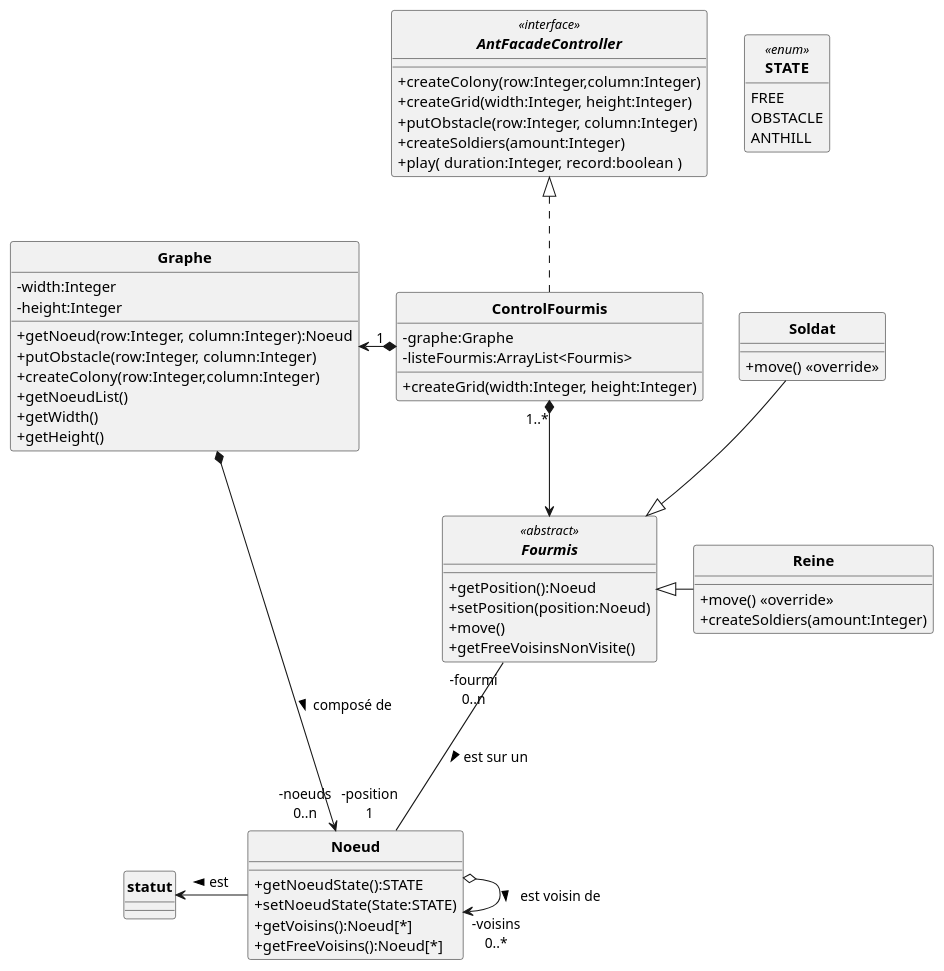
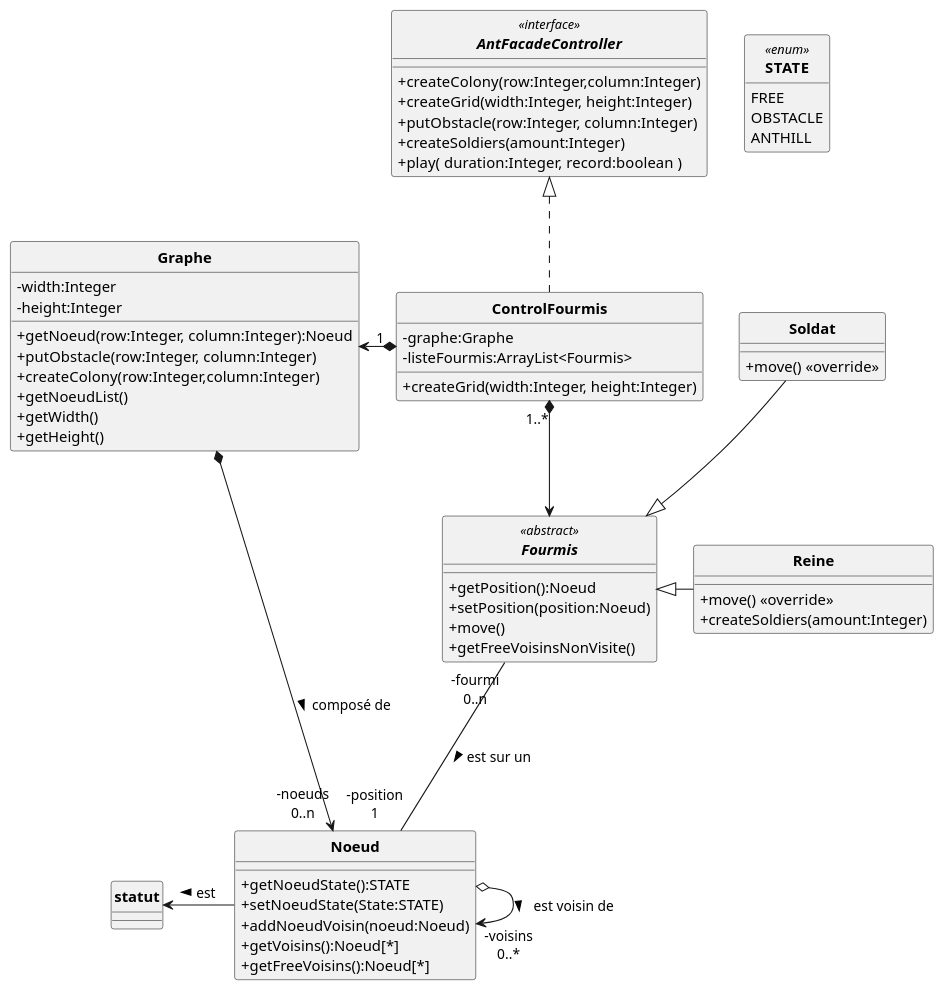
One commit to ErenMustafaGit/ColonieFourmis changed the diagram in src/main/uml/Fourmis_DC.puml. Above: the diagram before and after it, drawn with PlantUML. The commit also changed 4 other files, not shown here.

```diff
--- a/src/main/uml/Fourmis_DC.puml
+++ b/src/main/uml/Fourmis_DC.puml
@@ -1,87 +1,88 @@
 @startuml
 'https://plantuml.com/sequence-diagram
 allow_mixing
 skinparam style strictuml
 skinparam classAttributeIconSize 0
 skinparam circledCharacterRadius 0
 skinparam circledCharacterFontSize 0
 skinparam classFontStyle Bold
 'autonumber
 hide enum methods
 
 'Controleur
 interface AntFacadeController <<interface>> {
     '+setParameters( evaporationParam:Integer, foodParam:Integer, pheromoneParam:Integer )
     +createColony(row:Integer,column:Integer)
     +createGrid(width:Integer, height:Integer)
     +putObstacle(row:Integer, column:Integer)
     '+putFood( row:Integer, column:Integer, quantity:Integer);
     '+createWorkers( amount:Integer )
     +createSoldiers(amount:Integer)
     '+setAntFile(antLogFile:String);
     +play( duration:Integer, record:boolean )
 }
 
 class Noeud {
     +getNoeudState():STATE
     +setNoeudState(State:STATE)
+    +addNoeudVoisin(noeud:Noeud)
     +getVoisins():Noeud[*]
     +getFreeVoisins():Noeud[*]
 }
 enum STATE <<enum>> {
     FREE
     OBSTACLE
     ANTHILL
 }
 
 
 abstract Fourmis <<abstract>> {
     +getPosition():Noeud
     +setPosition(position:Noeud)
     +move()
     +getFreeVoisinsNonVisite()
 }
 class Reine{
     +move() <<override>>
     +createSoldiers(amount:Integer)
 
 }
 class Soldat{
     +move() <<override>>
 }
 
 
 'class Graphe implements Fourmis.AntFacadeController{
 class ControlFourmis implements AntFacadeController{
     -graphe:Graphe
     -listeFourmis:ArrayList<Fourmis>
     +createGrid(width:Integer, height:Integer)
 }
 
 
 class Graphe{
  -width:Integer
  -height:Integer
  +getNoeud(row:Integer, column:Integer):Noeud
  +putObstacle(row:Integer, column:Integer)
  +createColony(row:Integer,column:Integer)
  +getNoeudList()
  +getWidth()
  +getHeight()
 }
 
 
 Soldat --|> Fourmis
 Reine -l-|> Fourmis
 
 ControlFourmis "1 " *-l-> Graphe
 ControlFourmis "1..*" *--> Fourmis
 
 Graphe *-r-> "-noeuds\n0..n" Noeud : composé de >
 'historique = liste de noeud déjà passé par la fourmi
 '"-position 1\n-historique 0..*"
 Fourmis "-fourmi\n0..n" --- "-position\n1" Noeud  : est sur un >
 Noeud o-> "-voisins\n0..*"  Noeud  : est voisin de >
 Noeud -l->  statut : est >
 
 @enduml
```
